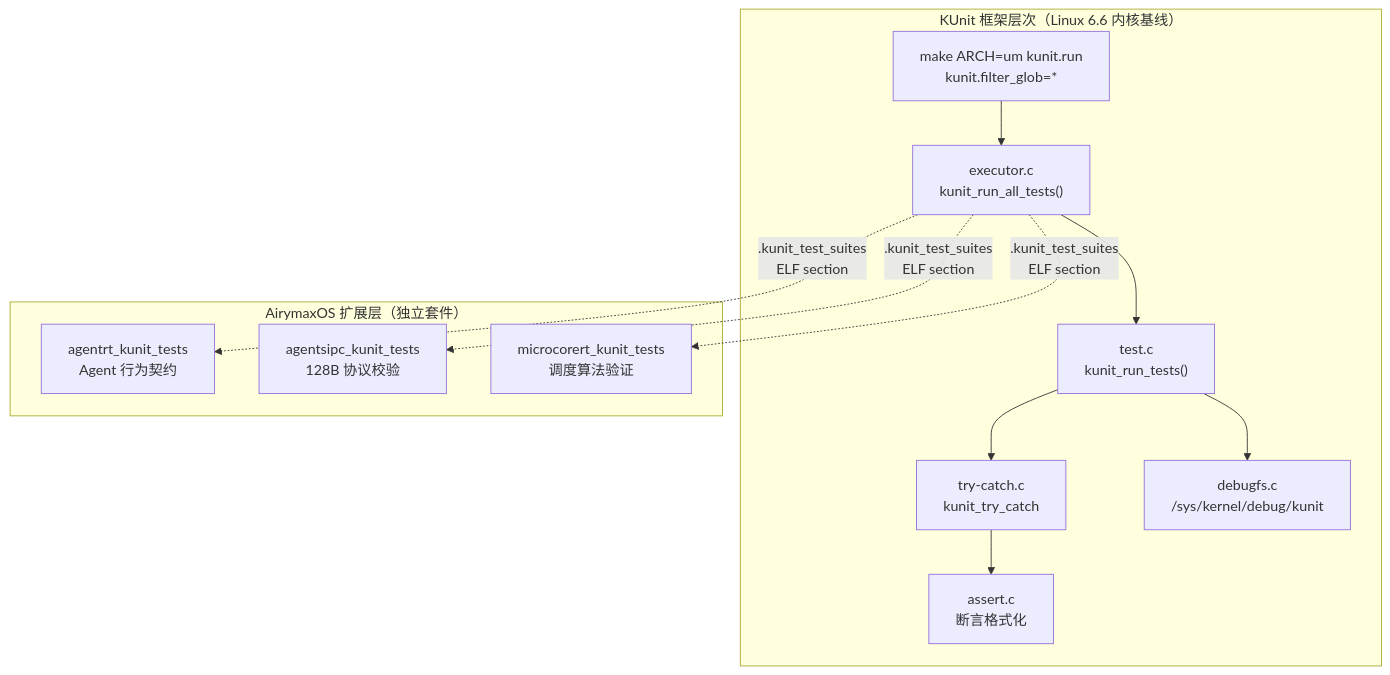
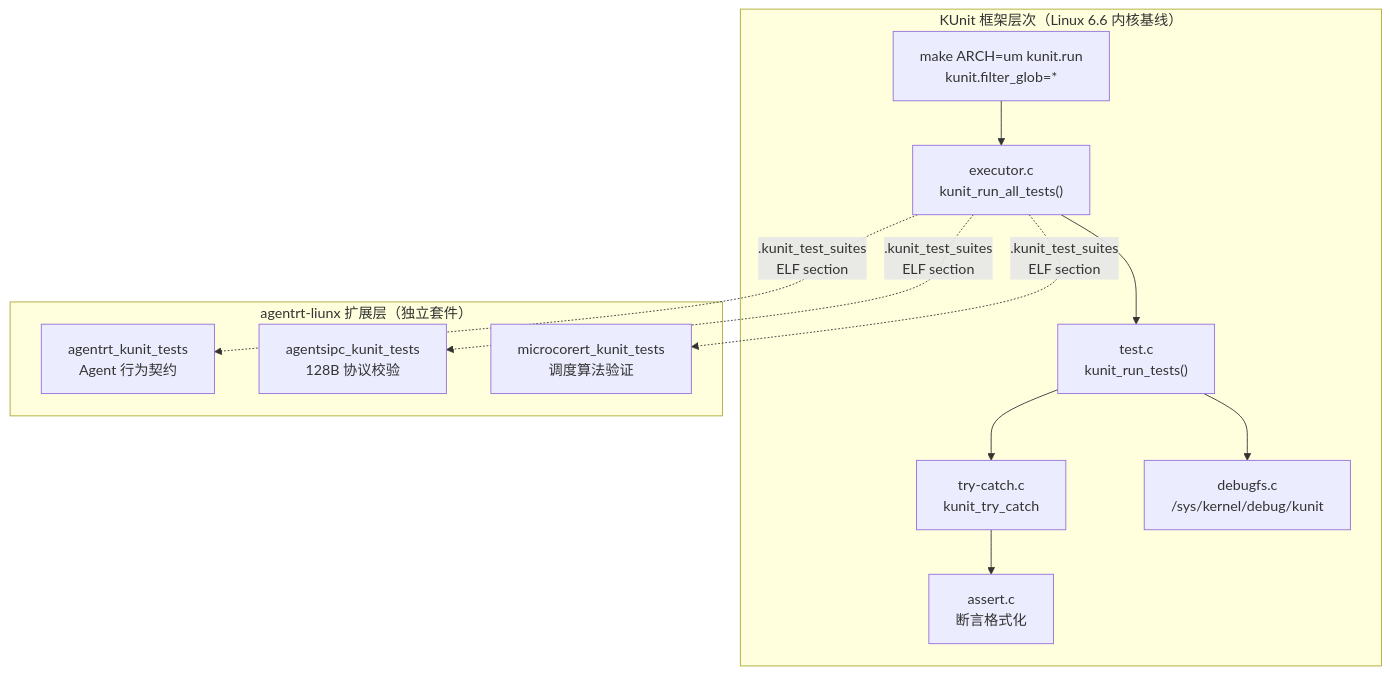
Before and after one commit to openairymax/docs: the first of 2 diagrams in AirymaxAgentOS/80-testing/01-kunit-framework.md, drawn with Mermaid. The commit also changed other lines of this file and 99 other files, not shown here.

````diff
--- a/AirymaxAgentOS/80-testing/01-kunit-framework.md
+++ b/AirymaxAgentOS/80-testing/01-kunit-framework.md
@@ -43,21 +43,21 @@
 ```mermaid
 flowchart TB
     subgraph "KUnit 框架层次（Linux 6.6 内核基线）"
         A["make ARCH=um kunit.run<br/>kunit.filter_glob=*"]
         B["executor.c<br/>kunit_run_all_tests()"]
         C["test.c<br/>kunit_run_tests()"]
         D["try-catch.c<br/>kunit_try_catch"]
         E["assert.c<br/>断言格式化"]
         F["debugfs.c<br/>/sys/kernel/debug/kunit"]
     end
     A --> B --> C --> D --> E
     C --> F
-    subgraph "AirymaxOS 扩展层（独立套件）"
+    subgraph "agentrt-liunx 扩展层（独立套件）"
         H["agentrt_kunit_tests<br/>Agent 行为契约"]
         I["agentsipc_kunit_tests<br/>128B 协议校验"]
         J["microcorert_kunit_tests<br/>调度算法验证"]
     end
     B -.->|.kunit_test_suites<br/>ELF section| H
     B -.->|.kunit_test_suites<br/>ELF section| I
     B -.->|.kunit_test_suites<br/>ELF section| J
 ```
````
